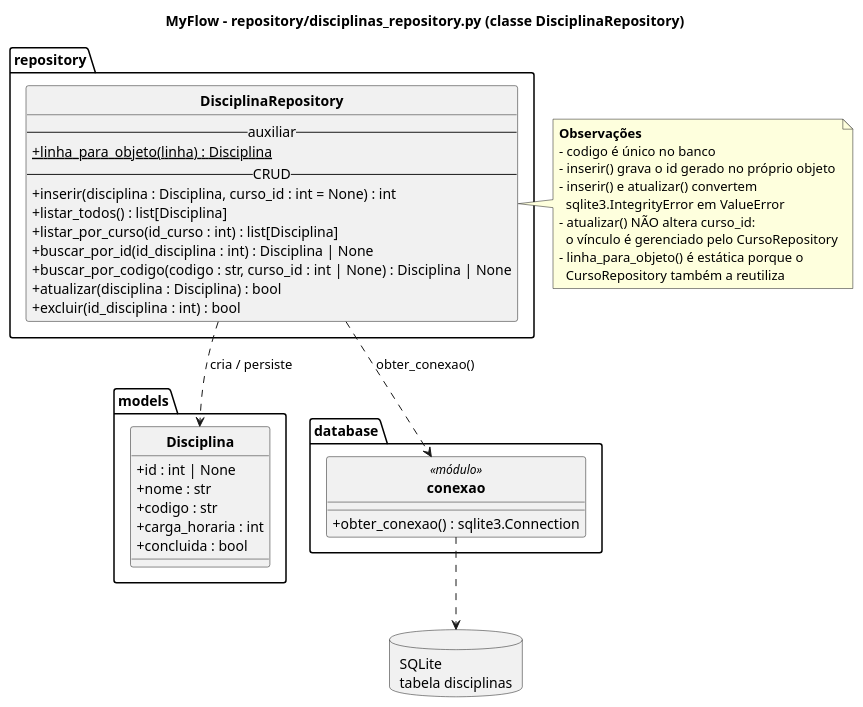
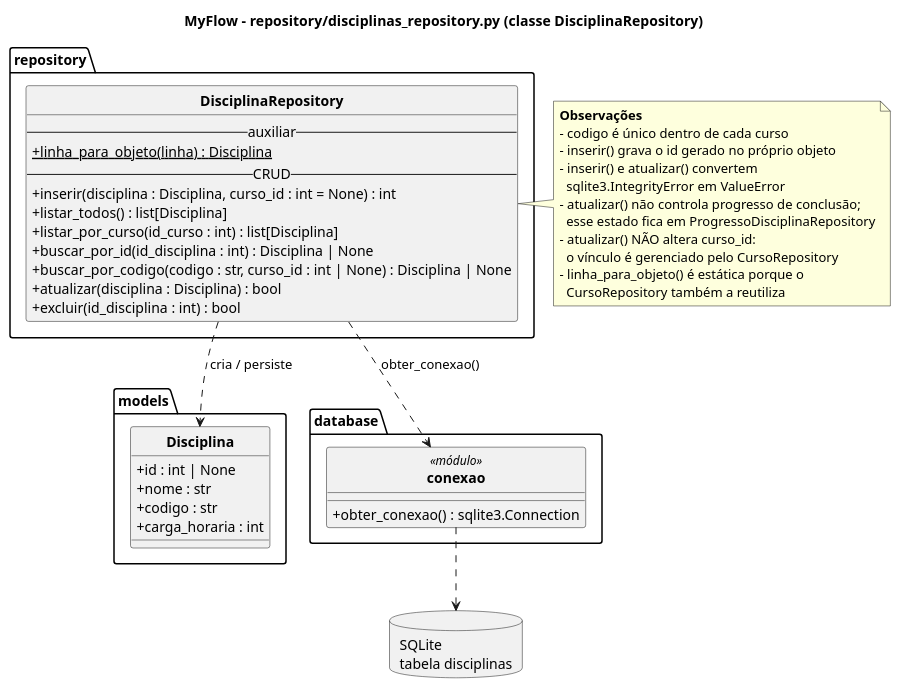
Before and after one commit to nicholasmichelon/project-myflow: the diagram in uml/classes/04_repository_disciplinas.puml, drawn with PlantUML. The commit also changed 46 other files, not shown here.

```diff
--- a/uml/classes/04_repository_disciplinas.puml
+++ b/uml/classes/04_repository_disciplinas.puml
@@ -1,60 +1,61 @@
 @startuml 04_repository_disciplinas
 ' MyFlow - repository/disciplinas_repository.py
 title MyFlow - repository/disciplinas_repository.py (classe DisciplinaRepository)
 
 allowmixing
 skinparam classAttributeIconSize 0
 skinparam shadowing false
 skinparam classFontStyle bold
 hide circle
 
 package "repository" {
   class DisciplinaRepository {
     -- auxiliar --
     +{static} linha_para_objeto(linha) : Disciplina
     -- CRUD --
     +inserir(disciplina : Disciplina, curso_id : int = None) : int
     +listar_todos() : list[Disciplina]
     +listar_por_curso(id_curso : int) : list[Disciplina]
     +buscar_por_id(id_disciplina : int) : Disciplina | None
     +buscar_por_codigo(codigo : str, curso_id : int | None) : Disciplina | None
     +atualizar(disciplina : Disciplina) : bool
     +excluir(id_disciplina : int) : bool
   }
 }
 
 package "models" {
   class Disciplina {
     +id : int | None
     +nome : str
     +codigo : str
     +carga_horaria : int
-    +concluida : bool
   }
 }
 
 package "database" {
   class conexao <<módulo>> {
     +obter_conexao() : sqlite3.Connection
   }
 }
 
 database "SQLite\ntabela disciplinas" as db
 
 DisciplinaRepository ..> Disciplina : cria / persiste
 DisciplinaRepository ..> conexao : obter_conexao()
 conexao ..> db
 
 note right of DisciplinaRepository
   <b>Observações</b>
-  - codigo é único no banco
+  - codigo é único dentro de cada curso
   - inserir() grava o id gerado no próprio objeto
   - inserir() e atualizar() convertem
     sqlite3.IntegrityError em ValueError
+  - atualizar() não controla progresso de conclusão;
+    esse estado fica em ProgressoDisciplinaRepository
   - atualizar() NÃO altera curso_id:
     o vínculo é gerenciado pelo CursoRepository
   - linha_para_objeto() é estática porque o
     CursoRepository também a reutiliza
 end note
 
 @enduml
```
